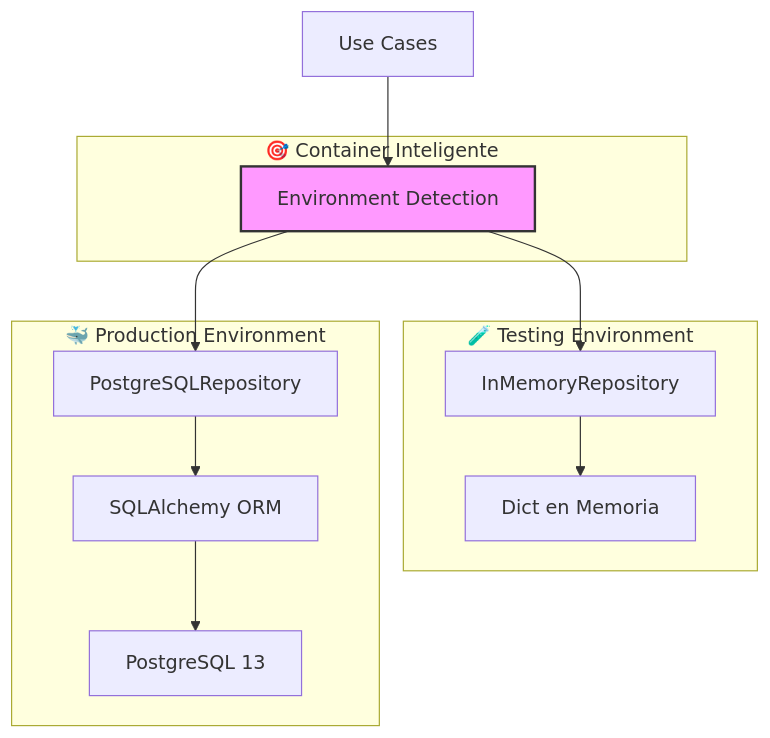
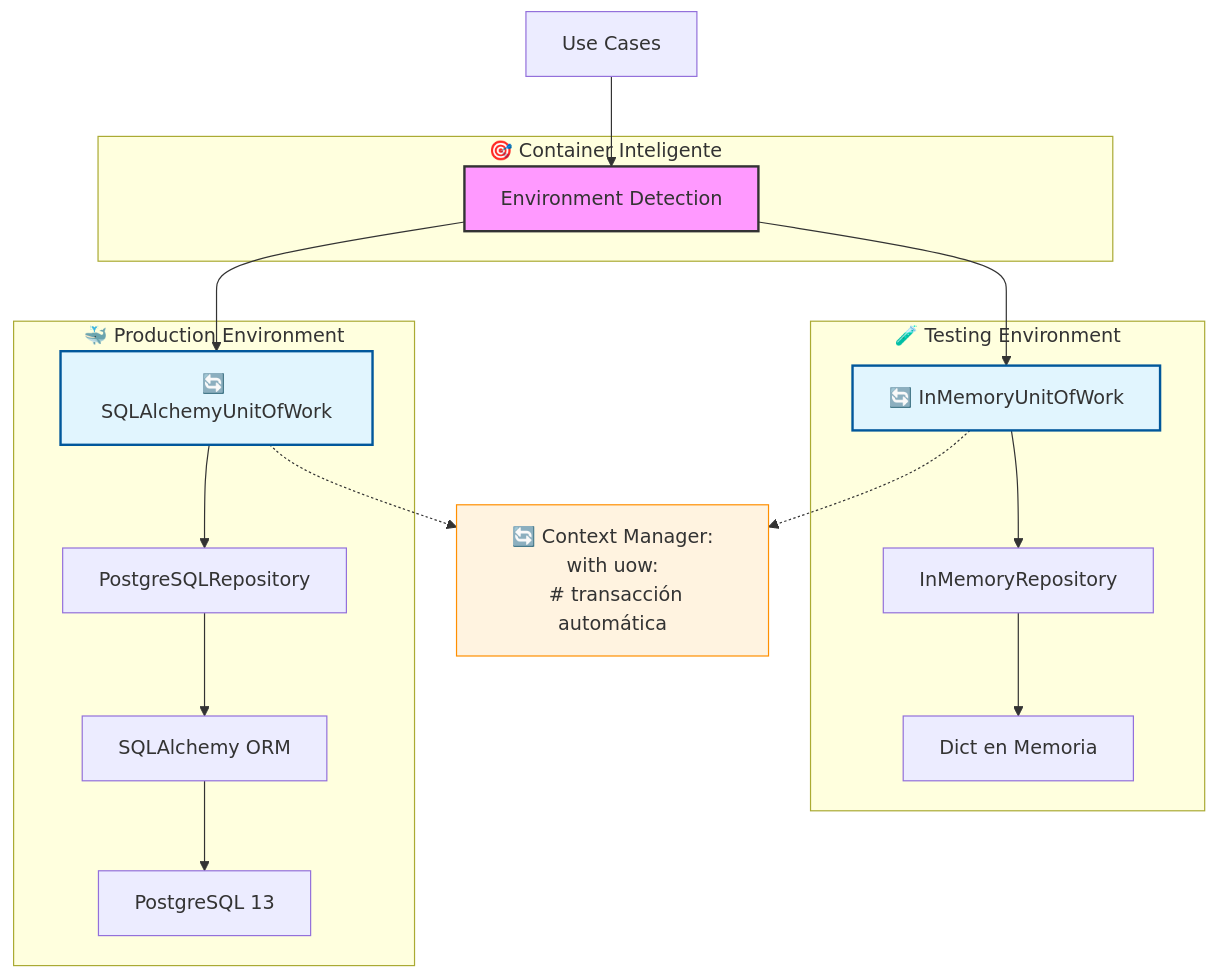
Before and after one commit to agustinEDev/clean_architecture: the third of 3 diagrams in README.md, drawn with Mermaid. The commit also changed other lines of this file and 13 other files, not shown here.

Commit message:
UnitOfWork implementation

````diff
--- a/README.md
+++ b/README.md
@@ -312,17 +344,27 @@
 ```mermaid
 graph TD
     subgraph "🧪 Testing Environment"
-        T1[InMemoryRepository] --> T2[Dict en Memoria]
+        T1[🔄 InMemoryUnitOfWork] --> T2[InMemoryRepository]
+        T2 --> T3[Dict en Memoria]
     end
     subgraph "🐳 Production Environment" 
-        P1[PostgreSQLRepository] --> P2[SQLAlchemy ORM]
-        P2 --> P3[PostgreSQL 13]
+        P1[🔄 SQLAlchemyUnitOfWork] --> P2[PostgreSQLRepository]
+        P2 --> P3[SQLAlchemy ORM]
+        P3 --> P4[PostgreSQL 13]
     end
     subgraph "🎯 Container Inteligente"
         C1[Environment Detection] --> T1
         C1 --> P1
     end
     
     U[Use Cases] --> C1
+    
+    note1["🔄 Context Manager:<br/>with uow:<br/>  # transacción automática"]
+    T1 -.-> note1
+    P1 -.-> note1
+    
     style C1 fill:#f9f,stroke:#333,stroke-width:2px
+    style T1 fill:#e1f5fe,stroke:#01579b,stroke-width:2px
+    style P1 fill:#e1f5fe,stroke:#01579b,stroke-width:2px
+    style note1 fill:#fff3e0,stroke:#ff8f00,stroke-width:1px
 ```
````
